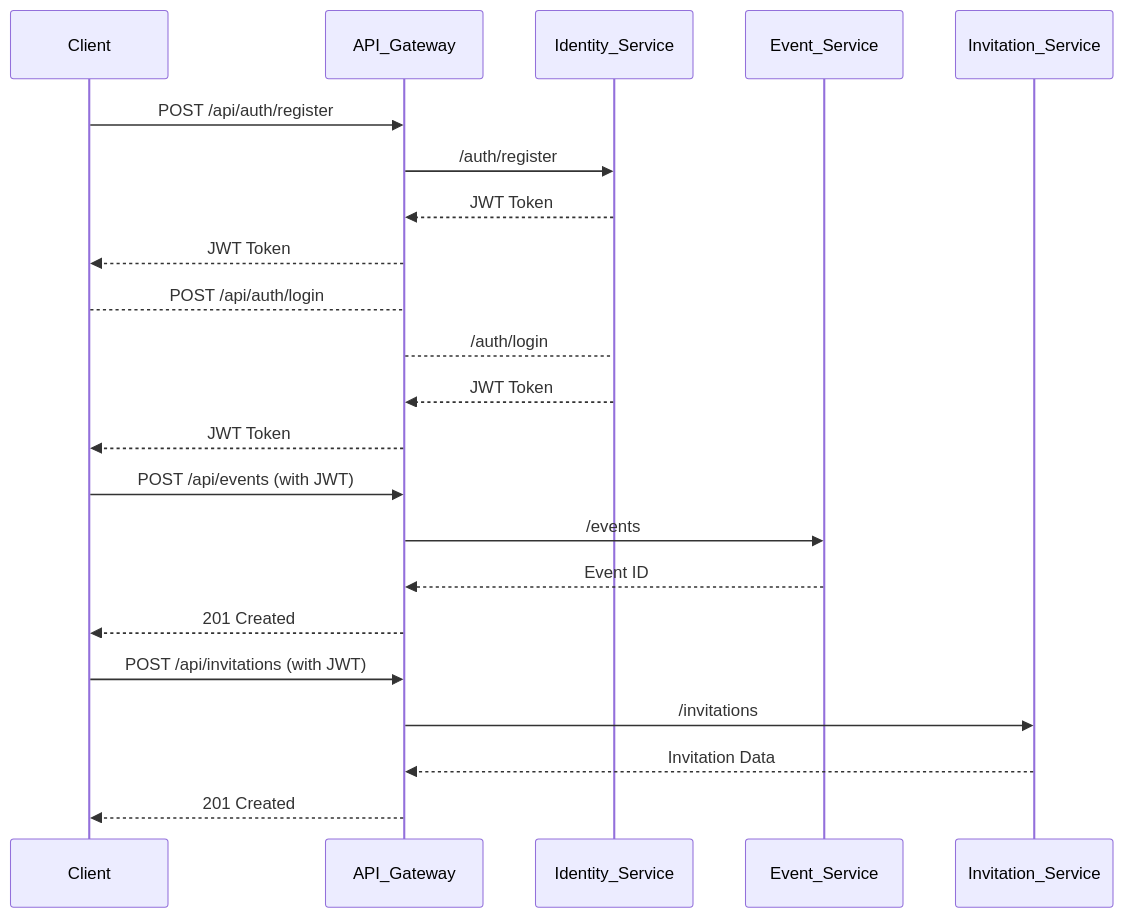
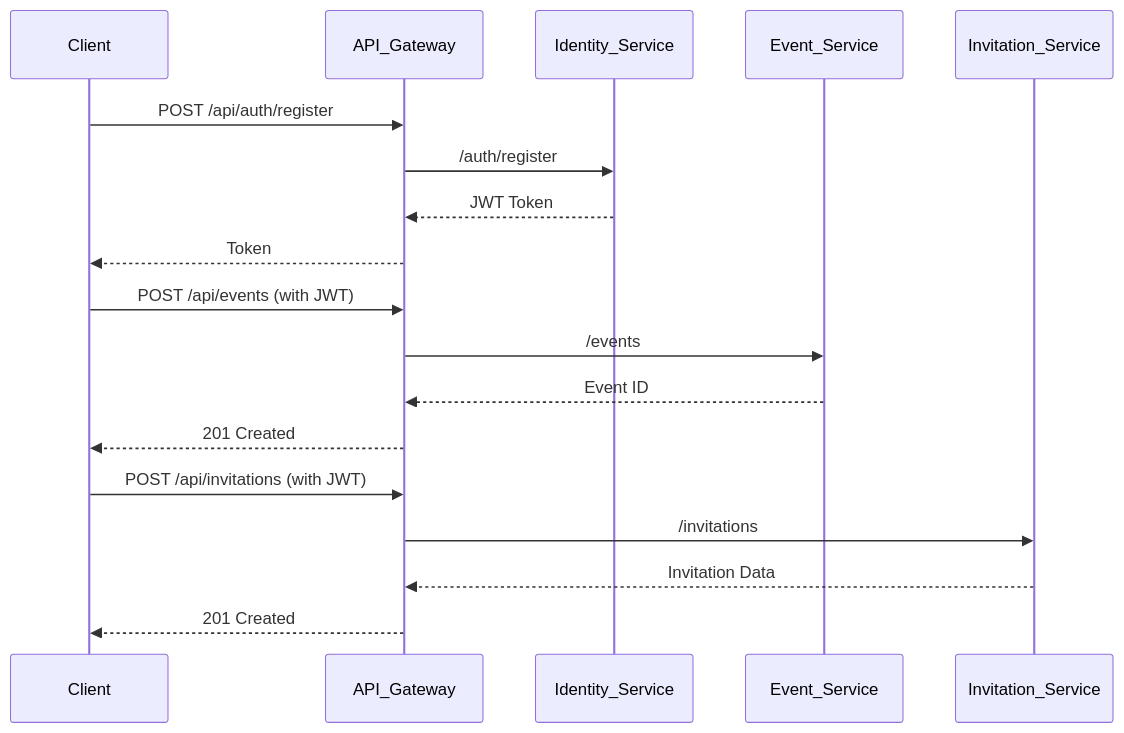
One commit to eugenetedkim/olive-table changed the second of 2 diagrams in README.md. Above: the diagram before and after it, drawn with Mermaid. The commit also changed other lines of this file, not shown here.

````diff
--- a/README.md
+++ b/README.md
@@ -279,28 +280,23 @@
 ```mermaid
 sequenceDiagram
     participant Client
     participant API_Gateway
     participant Identity_Service
     participant Event_Service
     participant Invitation_Service
 
     Client->>API_Gateway: POST /api/auth/register
     API_Gateway->>Identity_Service: /auth/register
     Identity_Service-->>API_Gateway: JWT Token
-    API_Gateway-->>Client: JWT Token
-
-    Client-->API_Gateway: POST /api/auth/login
-    API_Gateway-->Identity_Service: /auth/login
-    Identity_Service-->>API_Gateway: JWT Token
-    API_Gateway-->>Client: JWT Token
-        
+    API_Gateway-->>Client: Token
+    
     Client->>API_Gateway: POST /api/events (with JWT)
     API_Gateway->>Event_Service: /events
     Event_Service-->>API_Gateway: Event ID
     API_Gateway-->>Client: 201 Created
     
     Client->>API_Gateway: POST /api/invitations (with JWT)
     API_Gateway->>Invitation_Service: /invitations
     Invitation_Service-->>API_Gateway: Invitation Data
     API_Gateway-->>Client: 201 Created
 ```
````
